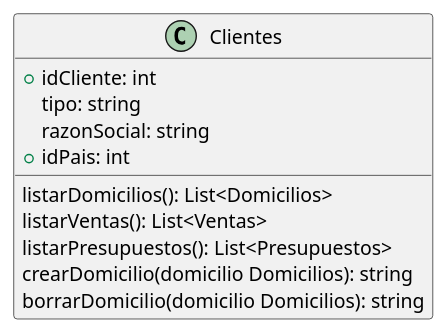
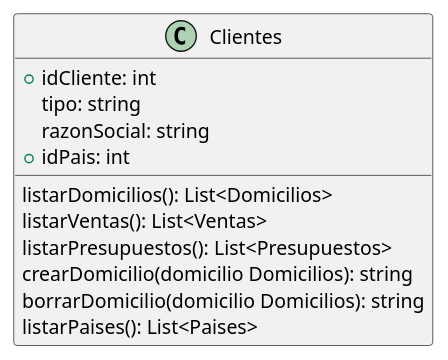
Before and after one commit to ZMGestion/DocumentacionZMGestion: the diagram in DiagramaClases/Clases/Clientes.puml, drawn with PlantUML. The commit also changed 2 other files, not shown here.

```diff
--- a/DiagramaClases/Clases/Clientes.puml
+++ b/DiagramaClases/Clases/Clientes.puml
@@ -1,14 +1,16 @@
 @startuml Clientes
 class Clientes{
     +idCliente: int
     tipo: string
     razonSocial: string 
     +idPais: int
 
     listarDomicilios(): List<Domicilios>
     listarVentas(): List<Ventas>
     listarPresupuestos(): List<Presupuestos>
     crearDomicilio(domicilio Domicilios): string
     borrarDomicilio(domicilio Domicilios): string
+    listarPaises(): List<Paises>
+    
 }
 @enduml
```
